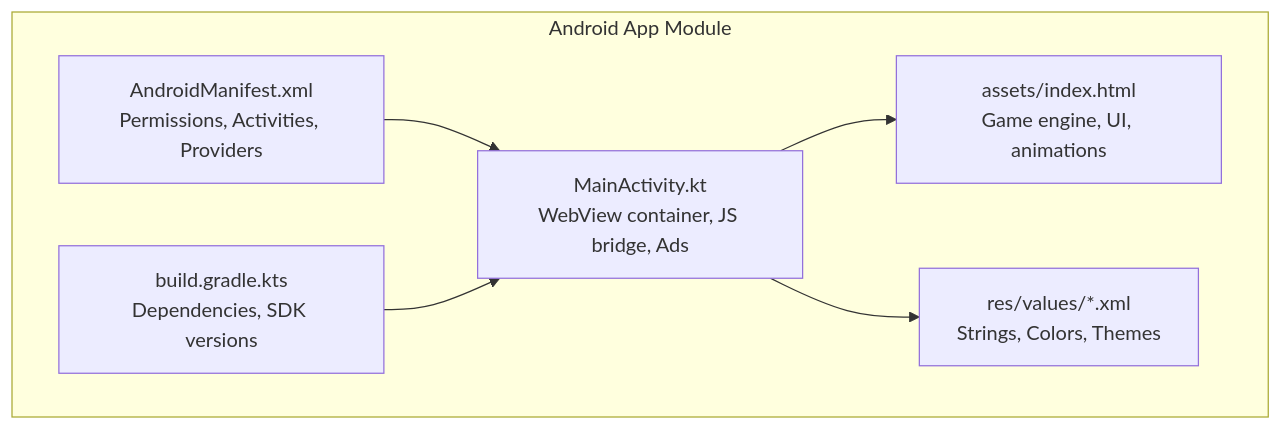
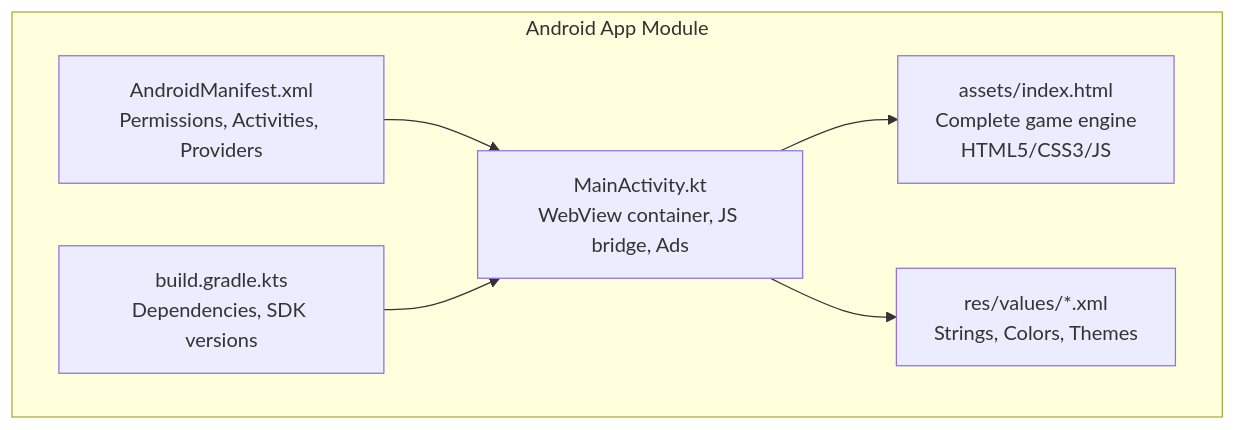
One commit to chetanck03/games changed the first of 6 diagrams in .qoder/repowiki/en/content/Project Overview/Project Overview.md. Above: the diagram before and after it, drawn with Mermaid. The commit also changed other lines of this file and 6 other files, not shown here.

````diff
--- a/.qoder/repowiki/en/content/Project Overview/Project Overview.md
+++ b/.qoder/repowiki/en/content/Project Overview/Project Overview.md
@@ -39,14 +57,14 @@
 ```mermaid
 graph TB
 subgraph "Android App Module"
 A["AndroidManifest.xml<br/>Permissions, Activities, Providers"]
 B["MainActivity.kt<br/>WebView container, JS bridge, Ads"]
-C["assets/index.html<br/>Game engine, UI, animations"]
+C["assets/index.html<br/>Complete game engine<br/>HTML5/CSS3/JS"]
 D["res/values/*.xml<br/>Strings, Colors, Themes"]
 E["build.gradle.kts<br/>Dependencies, SDK versions"]
 end
 A --> B
 B --> C
 B --> D
 E --> B
 ```
````
